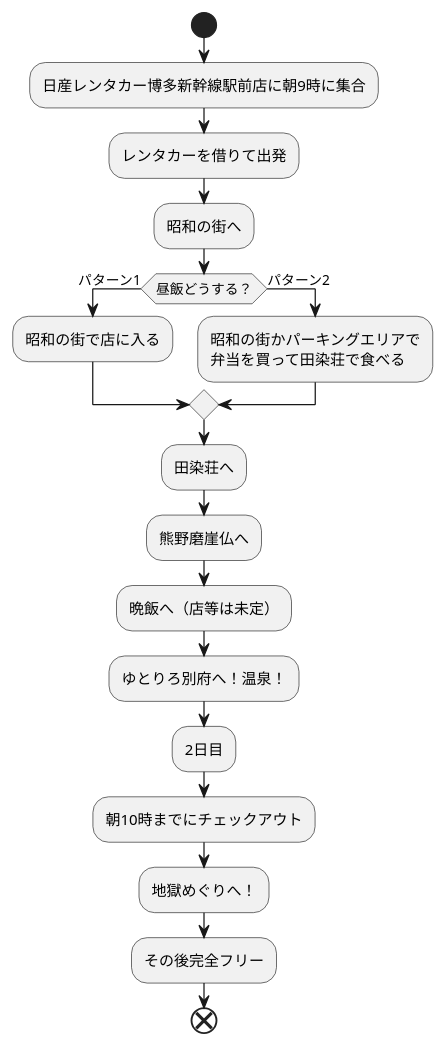
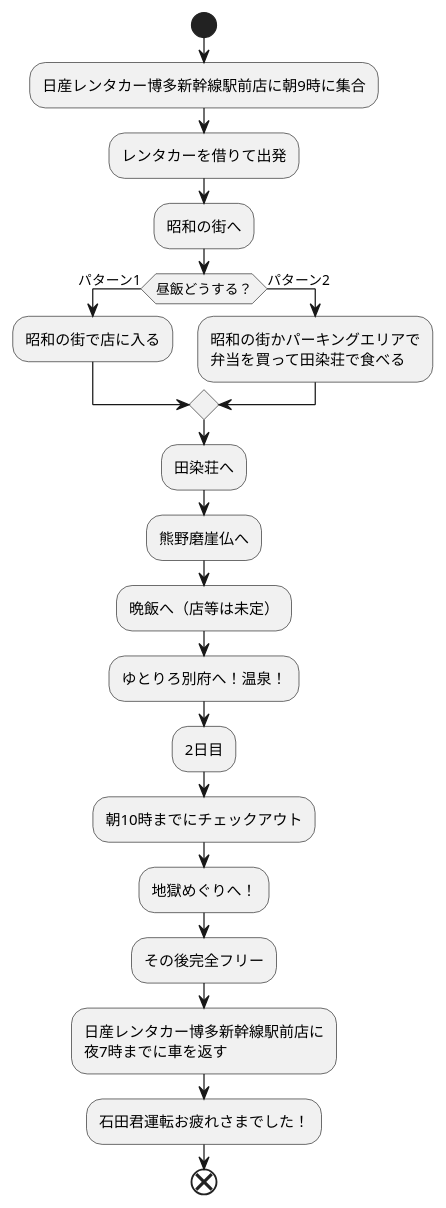
Before and after one commit to Aso2001369/2021sys-design: the diagram in trip.md, drawn with PlantUML.

````diff
--- a/trip.md
+++ b/trip.md
@@ -1,24 +1,27 @@
 ```uml
 @startuml
 start
 
 :日産レンタカー博多新幹線駅前店に朝9時に集合;
 :レンタカーを借りて出発;
 :昭和の街へ;
 if(昼飯どうする？)then(パターン1)
 :昭和の街で店に入る;
 else(パターン2)
 :昭和の街かパーキングエリアで
 弁当を買って田染荘で食べる;
 endif
 :田染荘へ;
 :熊野磨崖仏へ;
 :晩飯へ（店等は未定）;
 :ゆとりろ別府へ！温泉！;
 :2日目;
 :朝10時までにチェックアウト;
 :地獄めぐりへ！;
 :その後完全フリー;
+:日産レンタカー博多新幹線駅前店に
+夜7時までに車を返す;
+:石田君運転お疲れさまでした！;
 end
 @enduml
 ```
````
